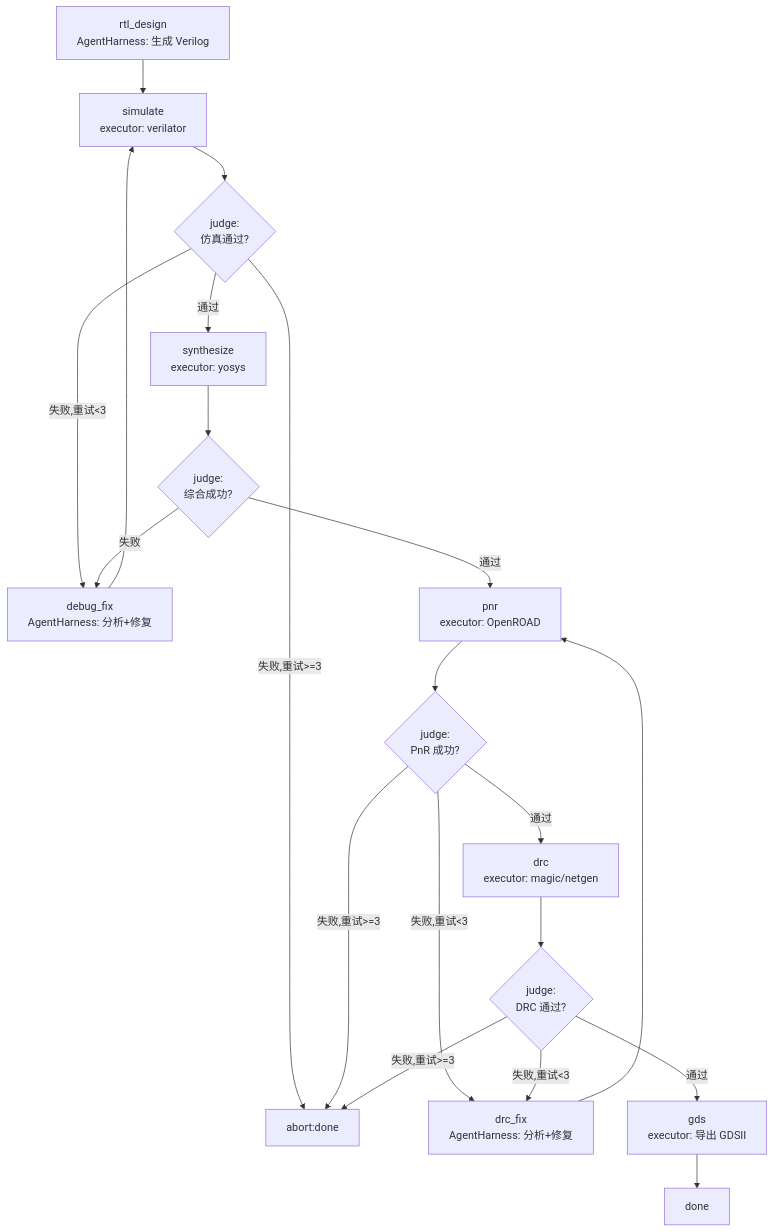
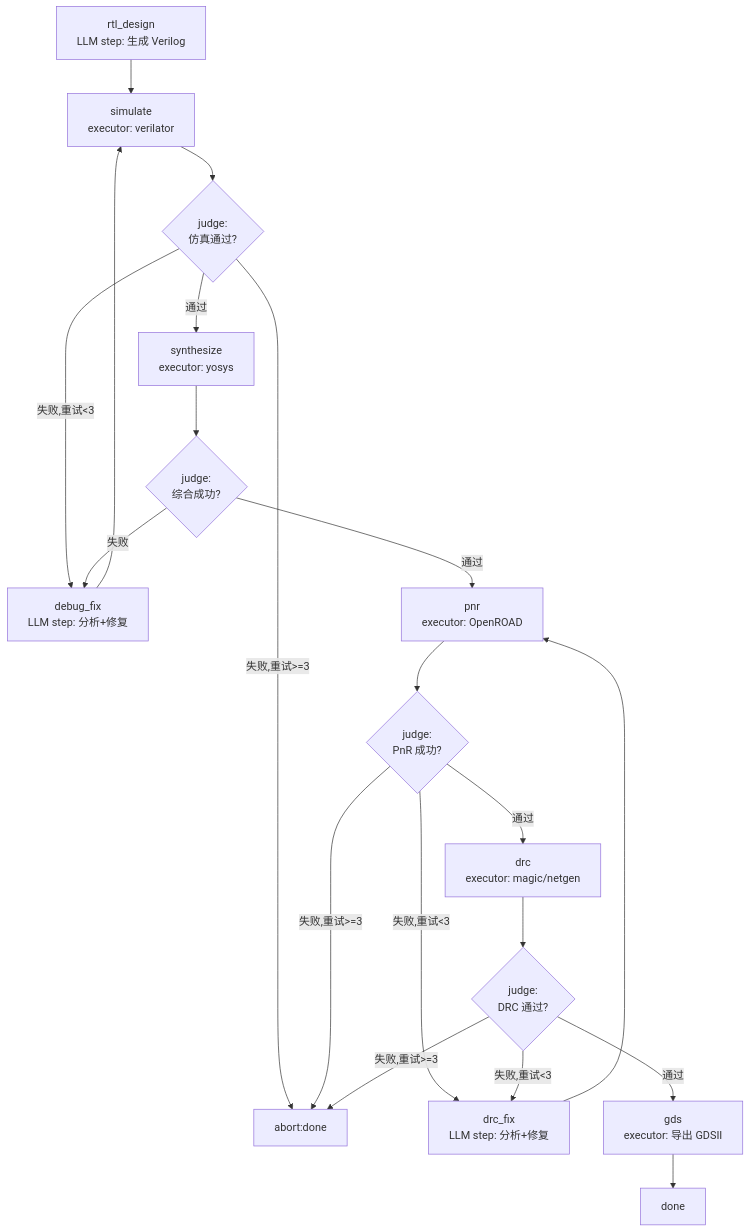
Before and after one commit to oh-my-harness/eda-studio: the diagram in docs/eda-studio-design.md, drawn with Mermaid. The commit also changed other lines of this file and 1 other file, not shown here.

First line of the commit message:
fix: use WorkflowEngine native LLM steps instead of executor-wrapped AgentHarness

````diff
--- a/docs/eda-studio-design.md
+++ b/docs/eda-studio-design.md
@@ -95,22 +99,22 @@
 ```mermaid
 graph TD
-    A[rtl_design<br/>AgentHarness: 生成 Verilog] --> B[simulate<br/>executor: verilator]
+    A[rtl_design<br/>LLM step: 生成 Verilog] --> B[simulate<br/>executor: verilator]
     B --> C{judge:<br/>仿真通过?}
-    C -->|失败,重试<3| D[debug_fix<br/>AgentHarness: 分析+修复]
+    C -->|失败,重试<3| D[debug_fix<br/>LLM step: 分析+修复]
     D --> B
     C -->|失败,重试>=3| Z[abort:done]
     C -->|通过| E[synthesize<br/>executor: yosys]
     E --> F{judge:<br/>综合成功?}
     F -->|失败| D
     F -->|通过| G[pnr<br/>executor: OpenROAD]
     G --> H{judge:<br/>PnR 成功?}
-    H -->|失败,重试<3| I[drc_fix<br/>AgentHarness: 分析+修复]
+    H -->|失败,重试<3| I[drc_fix<br/>LLM step: 分析+修复]
     I --> G
     H -->|失败,重试>=3| Z
     H -->|通过| J[drc<br/>executor: magic/netgen]
     J --> K{judge:<br/>DRC 通过?}
     K -->|失败,重试<3| I
     K -->|失败,重试>=3| Z
     K -->|通过| L[gds<br/>executor: 导出 GDSII]
     L --> M[done]
 ```
````
